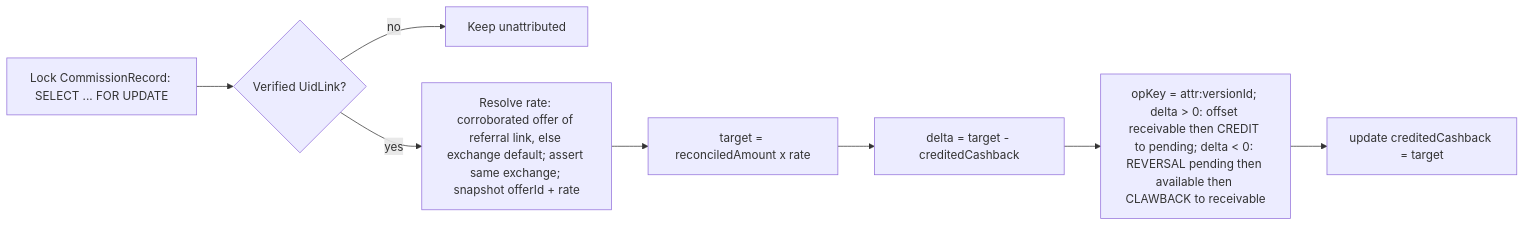
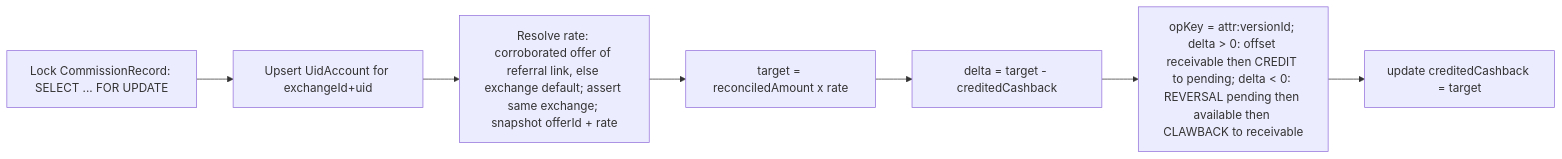
One commit to BuiHoangDuong/13092026 changed the fifth of 6 diagrams in .kiro/specs/cashback-platform/design.md. Above: the diagram before and after it, drawn with Mermaid. The commit also changed other lines of this file and 60 other files, not shown here.

````diff
--- a/.kiro/specs/cashback-platform/design.md
+++ b/.kiro/specs/cashback-platform/design.md
@@ -198,10 +274,9 @@
 ```mermaid
 flowchart LR
-  LOCK[Lock CommissionRecord: SELECT ... FOR UPDATE] --> ATTR{Verified UidLink?}
-  ATTR -- no --> UNATTR[Keep unattributed]
-  ATTR -- yes --> RATE[Resolve rate: corroborated offer of referral link, else exchange default; assert same exchange; snapshot offerId + rate]
+  LOCK[Lock CommissionRecord: SELECT ... FOR UPDATE] --> ATTR[Upsert UidAccount for exchangeId+uid]
+  ATTR --> RATE[Resolve rate: corroborated offer of referral link, else exchange default; assert same exchange; snapshot offerId + rate]
   RATE --> TARGET[target = reconciledAmount x rate]
   TARGET --> DELTA[delta = target - creditedCashback]
   DELTA --> ENTRY[opKey = attr:versionId; delta > 0: offset receivable then CREDIT to pending; delta < 0: REVERSAL pending then available then CLAWBACK to receivable]
   ENTRY --> UPD[update creditedCashback = target]
 ```
````
